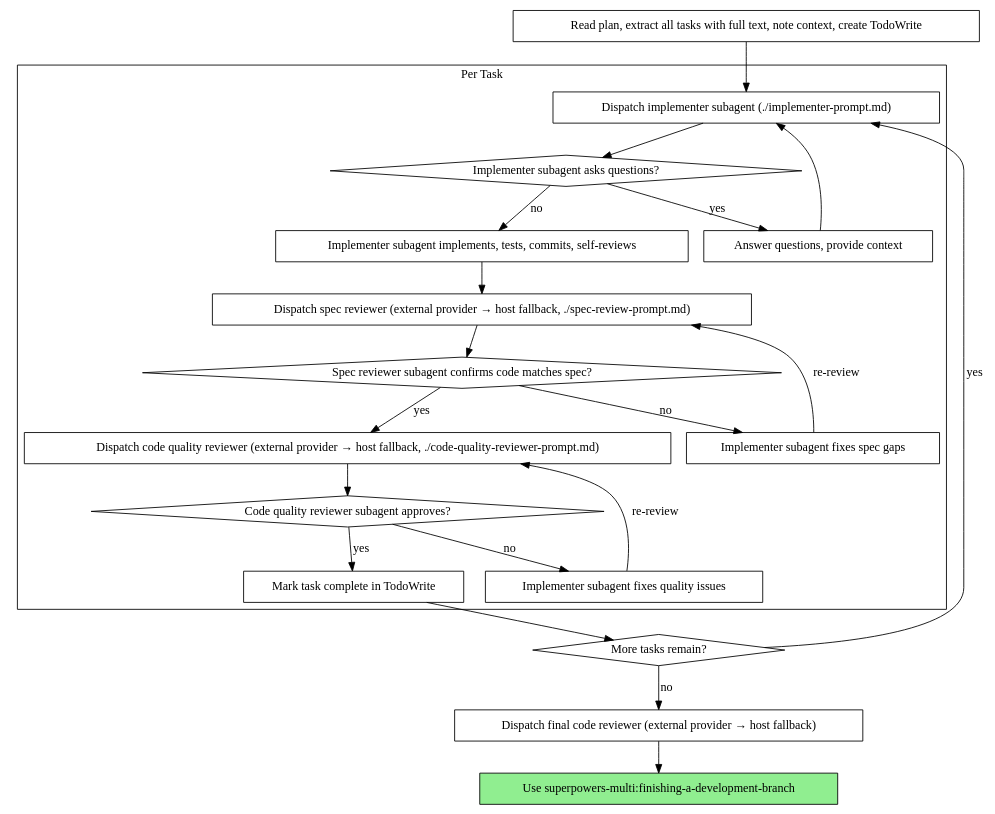
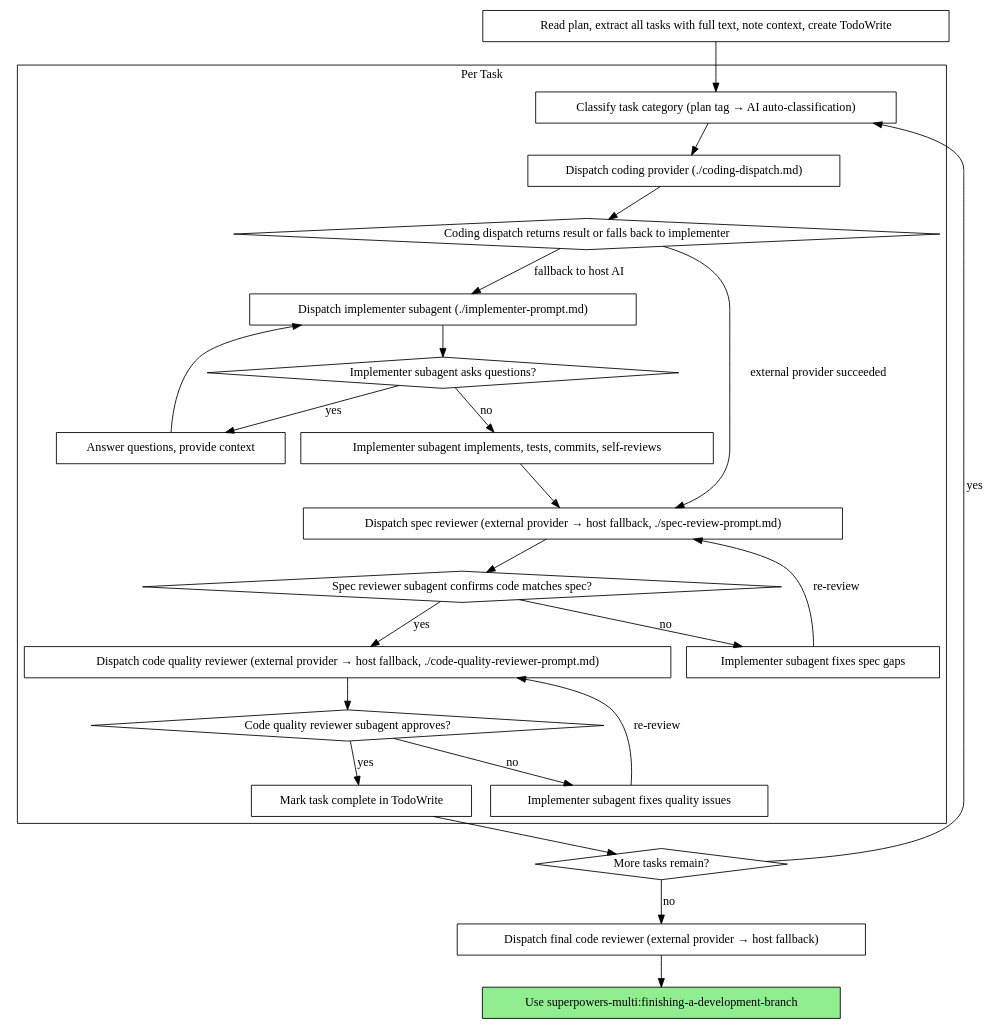
One commit to undrthemt/superpowers-multi changed the second of 2 diagrams in skills/subagent-driven-development/SKILL.md. Above: the diagram before and after it, drawn with Graphviz. The commit also changed other lines of this file, not shown here.

Commit message:
feat: integrate coding dispatch into SDD task execution loop

````diff
--- a/skills/subagent-driven-development/SKILL.md
+++ b/skills/subagent-driven-development/SKILL.md
@@ -42,44 +44,51 @@
 ```dot
 digraph process {
     rankdir=TB;
 
     subgraph cluster_per_task {
         label="Per Task";
+        "Classify task category (plan tag → AI auto-classification)" [shape=box];
+        "Dispatch coding provider (./coding-dispatch.md)" [shape=box];
+        "Coding dispatch returns result or falls back to implementer" [shape=diamond];
         "Dispatch implementer subagent (./implementer-prompt.md)" [shape=box];
         "Implementer subagent asks questions?" [shape=diamond];
         "Answer questions, provide context" [shape=box];
         "Implementer subagent implements, tests, commits, self-reviews" [shape=box];
         "Dispatch spec reviewer (external provider → host fallback, ./spec-review-prompt.md)" [shape=box];
         "Spec reviewer subagent confirms code matches spec?" [shape=diamond];
         "Implementer subagent fixes spec gaps" [shape=box];
         "Dispatch code quality reviewer (external provider → host fallback, ./code-quality-reviewer-prompt.md)" [shape=box];
         "Code quality reviewer subagent approves?" [shape=diamond];
         "Implementer subagent fixes quality issues" [shape=box];
         "Mark task complete in TodoWrite" [shape=box];
     }
 
     "Read plan, extract all tasks with full text, note context, create TodoWrite" [shape=box];
     "More tasks remain?" [shape=diamond];
     "Dispatch final code reviewer (external provider → host fallback)" [shape=box];
     "Use superpowers-multi:finishing-a-development-branch" [shape=box style=filled fillcolor=lightgreen];
 
-    "Read plan, extract all tasks with full text, note context, create TodoWrite" -> "Dispatch implementer subagent (./implementer-prompt.md)";
+    "Read plan, extract all tasks with full text, note context, create TodoWrite" -> "Classify task category (plan tag → AI auto-classification)";
+    "Classify task category (plan tag → AI auto-classification)" -> "Dispatch coding provider (./coding-dispatch.md)";
+    "Dispatch coding provider (./coding-dispatch.md)" -> "Coding dispatch returns result or falls back to implementer";
+    "Coding dispatch returns result or falls back to implementer" -> "Dispatch spec reviewer (external provider → host fallback, ./spec-review-prompt.md)" [label="external provider succeeded"];
+    "Coding dispatch returns result or falls back to implementer" -> "Dispatch implementer subagent (./implementer-prompt.md)" [label="fallback to host AI"];
     "Dispatch implementer subagent (./implementer-prompt.md)" -> "Implementer subagent asks questions?";
     "Implementer subagent asks questions?" -> "Answer questions, provide context" [label="yes"];
     "Answer questions, provide context" -> "Dispatch implementer subagent (./implementer-prompt.md)";
     "Implementer subagent asks questions?" -> "Implementer subagent implements, tests, commits, self-reviews" [label="no"];
     "Implementer subagent implements, tests, commits, self-reviews" -> "Dispatch spec reviewer (external provider → host fallback, ./spec-review-prompt.md)";
     "Dispatch spec reviewer (external provider → host fallback, ./spec-review-prompt.md)" -> "Spec reviewer subagent confirms code matches spec?";
     "Spec reviewer subagent confirms code matches spec?" -> "Implementer subagent fixes spec gaps" [label="no"];
     "Implementer subagent fixes spec gaps" -> "Dispatch spec reviewer (external provider → host fallback, ./spec-review-prompt.md)" [label="re-review"];
     "Spec reviewer subagent confirms code matches spec?" -> "Dispatch code quality reviewer (external provider → host fallback, ./code-quality-reviewer-prompt.md)" [label="yes"];
     "Dispatch code quality reviewer (external provider → host fallback, ./code-quality-reviewer-prompt.md)" -> "Code quality reviewer subagent approves?";
     "Code quality reviewer subagent approves?" -> "Implementer subagent fixes quality issues" [label="no"];
     "Implementer subagent fixes quality issues" -> "Dispatch code quality reviewer (external provider → host fallback, ./code-quality-reviewer-prompt.md)" [label="re-review"];
     "Code quality reviewer subagent approves?" -> "Mark task complete in TodoWrite" [label="yes"];
     "Mark task complete in TodoWrite" -> "More tasks remain?";
-    "More tasks remain?" -> "Dispatch implementer subagent (./implementer-prompt.md)" [label="yes"];
+    "More tasks remain?" -> "Classify task category (plan tag → AI auto-classification)" [label="yes"];
     "More tasks remain?" -> "Dispatch final code reviewer (external provider → host fallback)" [label="no"];
     "Dispatch final code reviewer (external provider → host fallback)" -> "Use superpowers-multi:finishing-a-development-branch";
 }
 ```
````
